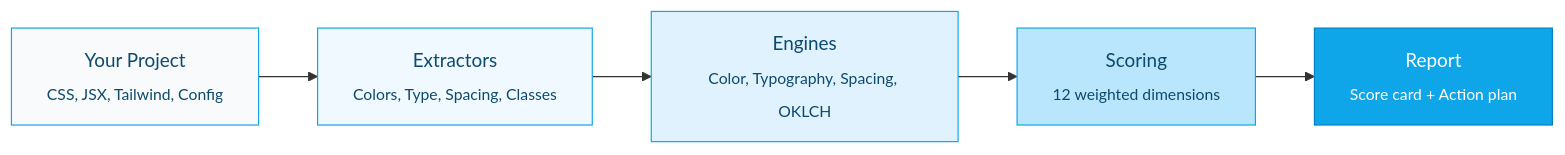
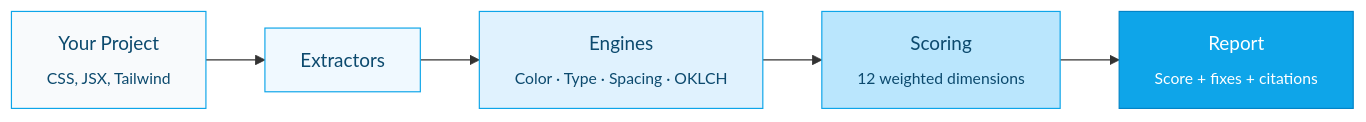
One commit to Aboudjem/ui-ux-suite changed the diagram in README.md. Above: the diagram before and after it, drawn with Mermaid. The commit also changed other lines of this file, not shown here.

````diff
--- a/README.md
+++ b/README.md
@@ -308,13 +241,13 @@
 ```mermaid
 graph LR
-    A["Your Project<br/><sub>CSS, JSX, Tailwind, Config</sub>"] --> B["Extractors<br/><sub>Colors, Type, Spacing, Classes</sub>"]
-    B --> C["Engines<br/><sub>Color, Typography, Spacing, OKLCH</sub>"]
+    A["Your Project<br/><sub>CSS, JSX, Tailwind</sub>"] --> B["Extractors"]
+    B --> C["Engines<br/><sub>Color · Type · Spacing · OKLCH</sub>"]
     C --> D["Scoring<br/><sub>12 weighted dimensions</sub>"]
-    D --> E["Report<br/><sub>Score card + Action plan</sub>"]
+    D --> E["Report<br/><sub>Score + fixes + citations</sub>"]
 
     style A fill:#f8fafc,stroke:#0ea5e9,color:#0c4a6e
     style B fill:#f0f9ff,stroke:#0ea5e9,color:#0c4a6e
     style C fill:#e0f2fe,stroke:#0ea5e9,color:#0c4a6e
     style D fill:#bae6fd,stroke:#0ea5e9,color:#0c4a6e
     style E fill:#0ea5e9,stroke:#0284c7,color:#ffffff
 ```
````
